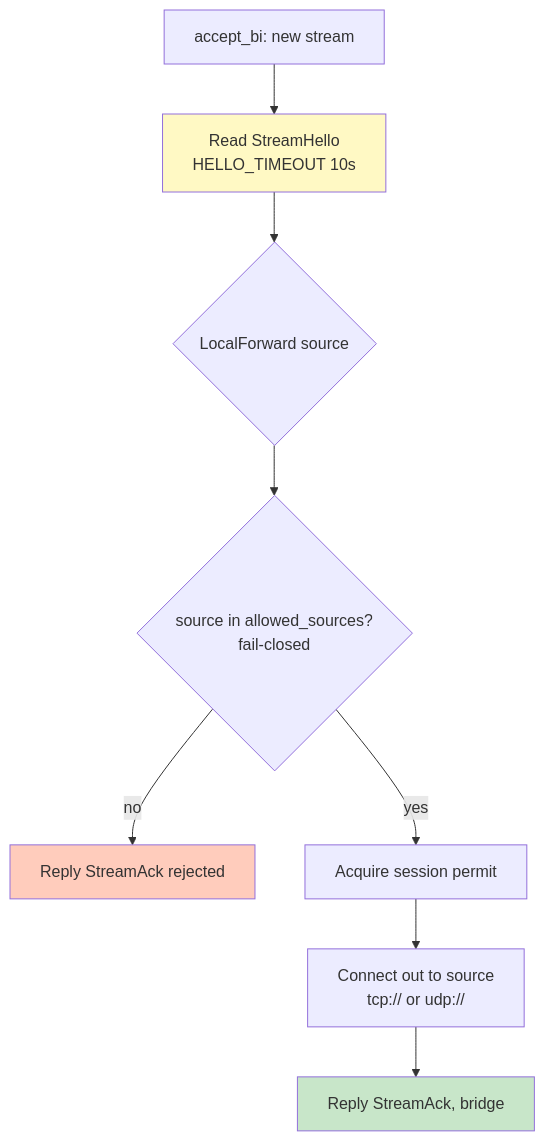
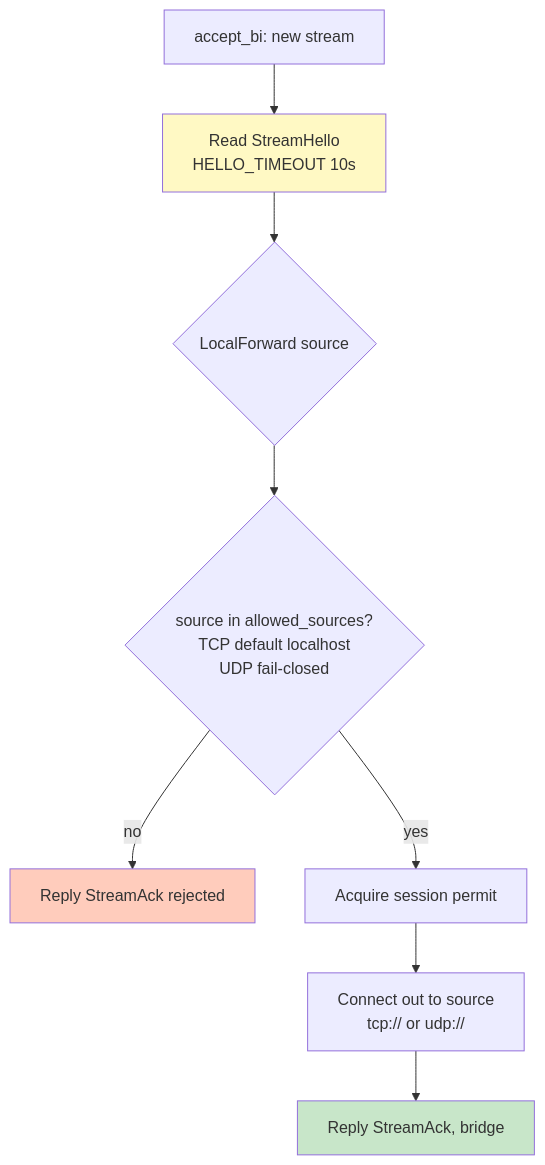
Before and after one commit to andrewtheguy/duopipe: the seventh of 24 diagrams in docs/ARCHITECTURE.md, drawn with Mermaid. The commit also changed other lines of this file and 10 other files, not shown here.

````diff
--- a/docs/ARCHITECTURE.md
+++ b/docs/ARCHITECTURE.md
@@ -262,15 +262,15 @@
 ```mermaid
 graph TB
     A[accept_bi: new stream] --> B[Read StreamHello<br/>HELLO_TIMEOUT 10s]
     B --> C{LocalForward source}
 
-    C --> S{source in allowed_sources?<br/>fail-closed}
+    C --> S{source in allowed_sources?<br/>TCP default localhost<br/>UDP fail-closed}
     S -->|no| R[Reply StreamAck rejected]
     S -->|yes| D[Acquire session permit]
     D --> E[Connect out to source<br/>tcp:// or udp://]
     E --> F[Reply StreamAck, bridge]
 
     style B fill:#FFF9C4
     style F fill:#C8E6C9
     style R fill:#FFCCBC
 ```
````
